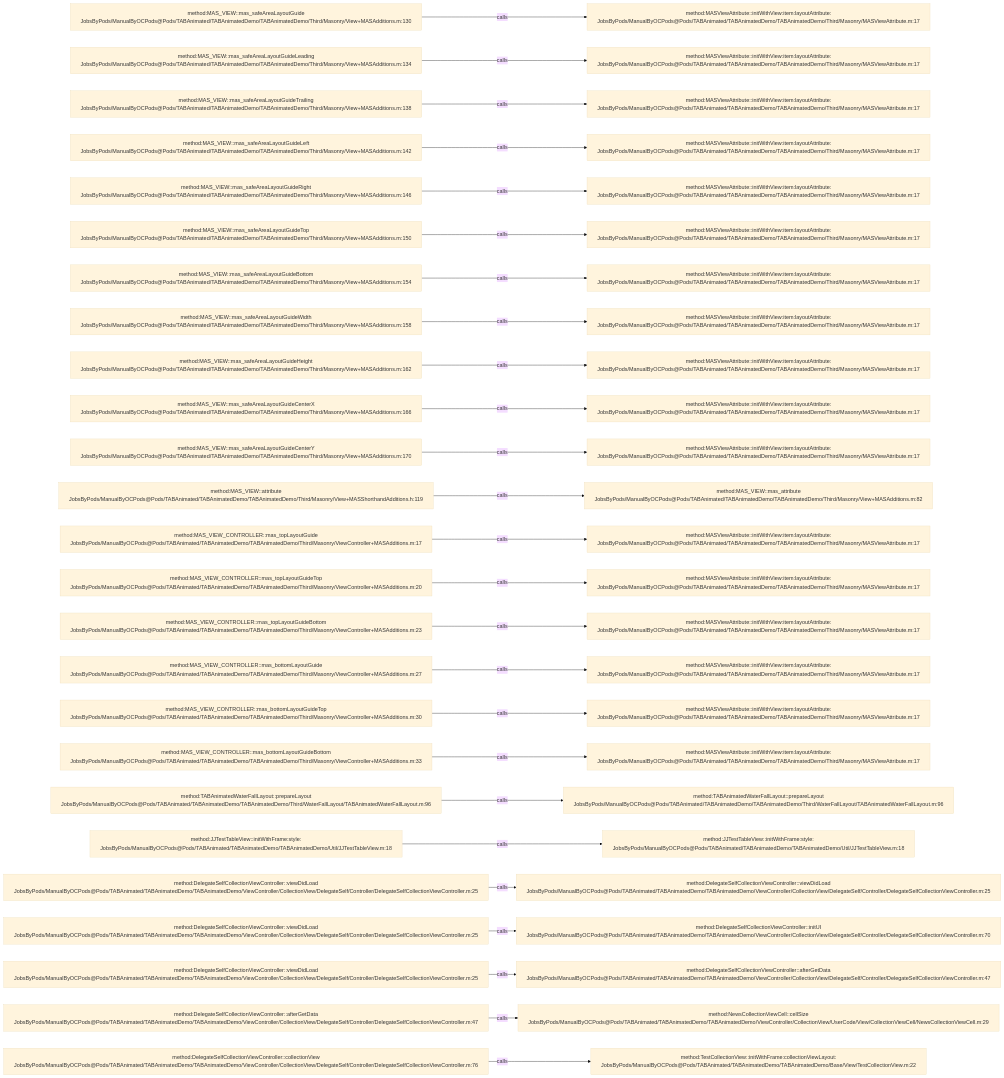
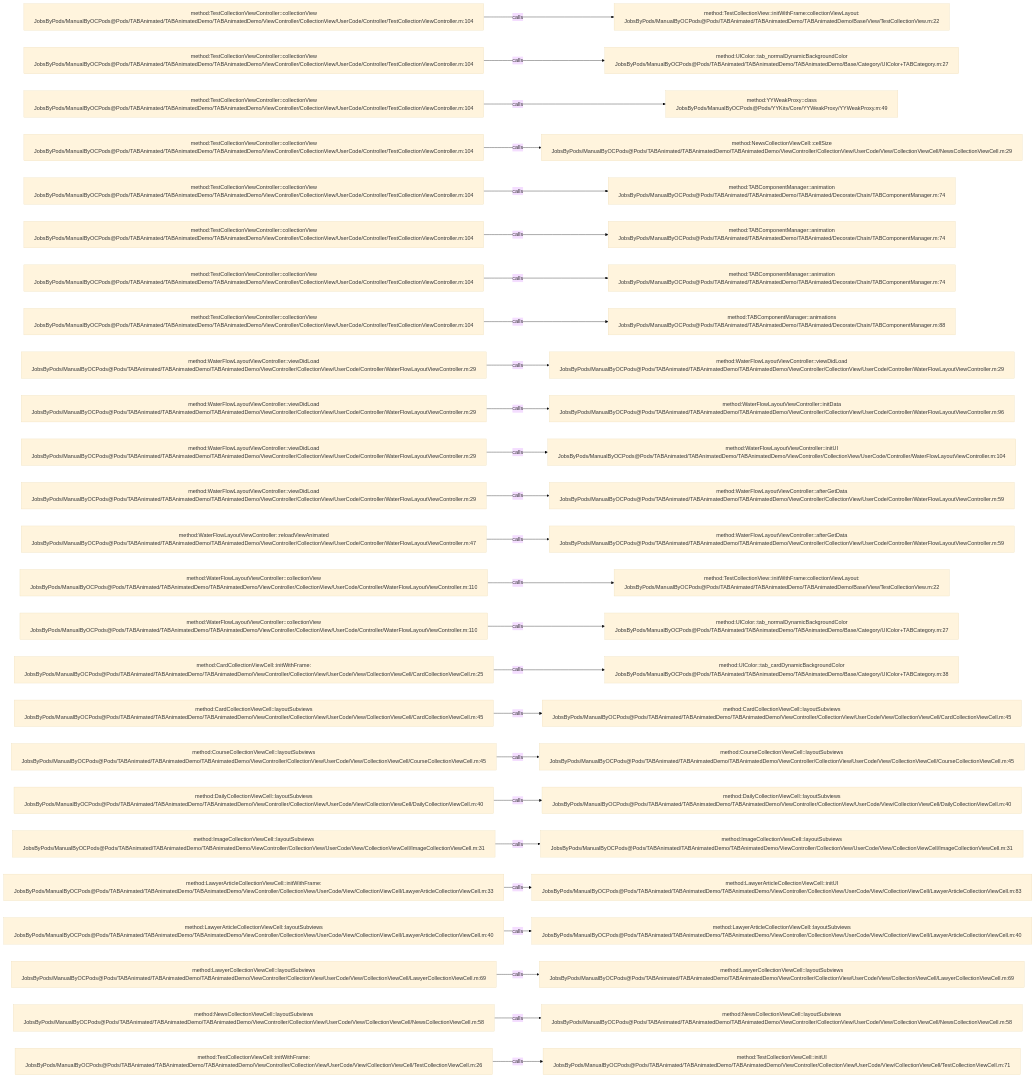
Before and after one commit to JobsKits/JobsOCBaseConfigDemo: the diagram in .codegraph/codegraph.md/graphs/calls-045.md, drawn with Mermaid (base theme). The commit also changed 1448 other files, not shown here.

````diff
--- a/.codegraph/codegraph.md/graphs/calls-045.md
+++ b/.codegraph/codegraph.md/graphs/calls-045.md
@@ -13,78 +13,78 @@
 ```mermaid
 flowchart LR
-  S1["method:MAS_VIEW::mas_safeAreaLayoutGuide<br/>JobsByPods/ManualByOCPods@Pods/TABAnimated/TABAnimatedDemo/TABAnimatedDemo/Third/Masonry/View+MASAdditions.m:130"]
-  T1["method:MASViewAttribute::initWithView:item:layoutAttribute:<br/>JobsByPods/ManualByOCPods@Pods/TABAnimated/TABAnimatedDemo/TABAnimatedDemo/Third/Masonry/MASViewAttribute.m:17"]
+  S1["method:TestCollectionViewController::collectionView<br/>JobsByPods/ManualByOCPods@Pods/TABAnimated/TABAnimatedDemo/TABAnimatedDemo/ViewController/CollectionView/UserCode/Controller/TestCollectionViewController.m:104"]
+  T1["method:TestCollectionView::initWithFrame:collectionViewLayout:<br/>JobsByPods/ManualByOCPods@Pods/TABAnimated/TABAnimatedDemo/TABAnimatedDemo/Base/View/TestCollectionView.m:22"]
   S1 -->|calls| T1
-  S2["method:MAS_VIEW::mas_safeAreaLayoutGuideLeading<br/>JobsByPods/ManualByOCPods@Pods/TABAnimated/TABAnimatedDemo/TABAnimatedDemo/Third/Masonry/View+MASAdditions.m:134"]
-  T2["method:MASViewAttribute::initWithView:item:layoutAttribute:<br/>JobsByPods/ManualByOCPods@Pods/TABAnimated/TABAnimatedDemo/TABAnimatedDemo/Third/Masonry/MASViewAttribute.m:17"]
+  S2["method:TestCollectionViewController::collectionView<br/>JobsByPods/ManualByOCPods@Pods/TABAnimated/TABAnimatedDemo/TABAnimatedDemo/ViewController/CollectionView/UserCode/Controller/TestCollectionViewController.m:104"]
+  T2["method:UIColor::tab_normalDynamicBackgroundColor<br/>JobsByPods/ManualByOCPods@Pods/TABAnimated/TABAnimatedDemo/TABAnimatedDemo/Base/Category/UIColor+TABCategory.m:27"]
   S2 -->|calls| T2
-  S3["method:MAS_VIEW::mas_safeAreaLayoutGuideTrailing<br/>JobsByPods/ManualByOCPods@Pods/TABAnimated/TABAnimatedDemo/TABAnimatedDemo/Third/Masonry/View+MASAdditions.m:138"]
-  T3["method:MASViewAttribute::initWithView:item:layoutAttribute:<br/>JobsByPods/ManualByOCPods@Pods/TABAnimated/TABAnimatedDemo/TABAnimatedDemo/Third/Masonry/MASViewAttribute.m:17"]
+  S3["method:TestCollectionViewController::collectionView<br/>JobsByPods/ManualByOCPods@Pods/TABAnimated/TABAnimatedDemo/TABAnimatedDemo/ViewController/CollectionView/UserCode/Controller/TestCollectionViewController.m:104"]
+  T3["method:YYWeakProxy::class<br/>JobsByPods/ManualByOCPods@Pods/YYKits/Core/YYWeakProxy/YYWeakProxy.m:49"]
   S3 -->|calls| T3
-  S4["method:MAS_VIEW::mas_safeAreaLayoutGuideLeft<br/>JobsByPods/ManualByOCPods@Pods/TABAnimated/TABAnimatedDemo/TABAnimatedDemo/Third/Masonry/View+MASAdditions.m:142"]
-  T4["method:MASViewAttribute::initWithView:item:layoutAttribute:<br/>JobsByPods/ManualByOCPods@Pods/TABAnimated/TABAnimatedDemo/TABAnimatedDemo/Third/Masonry/MASViewAttribute.m:17"]
+  S4["method:TestCollectionViewController::collectionView<br/>JobsByPods/ManualByOCPods@Pods/TABAnimated/TABAnimatedDemo/TABAnimatedDemo/ViewController/CollectionView/UserCode/Controller/TestCollectionViewController.m:104"]
+  T4["method:NewsCollectionViewCell::cellSize<br/>JobsByPods/ManualByOCPods@Pods/TABAnimated/TABAnimatedDemo/TABAnimatedDemo/ViewController/CollectionView/UserCode/View/CollectionViewCell/NewsCollectionViewCell.m:29"]
   S4 -->|calls| T4
-  S5["method:MAS_VIEW::mas_safeAreaLayoutGuideRight<br/>JobsByPods/ManualByOCPods@Pods/TABAnimated/TABAnimatedDemo/TABAnimatedDemo/Third/Masonry/View+MASAdditions.m:146"]
-  T5["method:MASViewAttribute::initWithView:item:layoutAttribute:<br/>JobsByPods/ManualByOCPods@Pods/TABAnimated/TABAnimatedDemo/TABAnimatedDemo/Third/Masonry/MASViewAttribute.m:17"]
+  S5["method:TestCollectionViewController::collectionView<br/>JobsByPods/ManualByOCPods@Pods/TABAnimated/TABAnimatedDemo/TABAnimatedDemo/ViewController/CollectionView/UserCode/Controller/TestCollectionViewController.m:104"]
+  T5["method:TABComponentManager::animation<br/>JobsByPods/ManualByOCPods@Pods/TABAnimated/TABAnimatedDemo/TABAnimated/Decorate/Chain/TABComponentManager.m:74"]
   S5 -->|calls| T5
-  S6["method:MAS_VIEW::mas_safeAreaLayoutGuideTop<br/>JobsByPods/ManualByOCPods@Pods/TABAnimated/TABAnimatedDemo/TABAnimatedDemo/Third/Masonry/View+MASAdditions.m:150"]
-  T6["method:MASViewAttribute::initWithView:item:layoutAttribute:<br/>JobsByPods/ManualByOCPods@Pods/TABAnimated/TABAnimatedDemo/TABAnimatedDemo/Third/Masonry/MASViewAttribute.m:17"]
+  S6["method:TestCollectionViewController::collectionView<br/>JobsByPods/ManualByOCPods@Pods/TABAnimated/TABAnimatedDemo/TABAnimatedDemo/ViewController/CollectionView/UserCode/Controller/TestCollectionViewController.m:104"]
+  T6["method:TABComponentManager::animation<br/>JobsByPods/ManualByOCPods@Pods/TABAnimated/TABAnimatedDemo/TABAnimated/Decorate/Chain/TABComponentManager.m:74"]
   S6 -->|calls| T6
-  S7["method:MAS_VIEW::mas_safeAreaLayoutGuideBottom<br/>JobsByPods/ManualByOCPods@Pods/TABAnimated/TABAnimatedDemo/TABAnimatedDemo/Third/Masonry/View+MASAdditions.m:154"]
-  T7["method:MASViewAttribute::initWithView:item:layoutAttribute:<br/>JobsByPods/ManualByOCPods@Pods/TABAnimated/TABAnimatedDemo/TABAnimatedDemo/Third/Masonry/MASViewAttribute.m:17"]
+  S7["method:TestCollectionViewController::collectionView<br/>JobsByPods/ManualByOCPods@Pods/TABAnimated/TABAnimatedDemo/TABAnimatedDemo/ViewController/CollectionView/UserCode/Controller/TestCollectionViewController.m:104"]
+  T7["method:TABComponentManager::animation<br/>JobsByPods/ManualByOCPods@Pods/TABAnimated/TABAnimatedDemo/TABAnimated/Decorate/Chain/TABComponentManager.m:74"]
   S7 -->|calls| T7
-  S8["method:MAS_VIEW::mas_safeAreaLayoutGuideWidth<br/>JobsByPods/ManualByOCPods@Pods/TABAnimated/TABAnimatedDemo/TABAnimatedDemo/Third/Masonry/View+MASAdditions.m:158"]
-  T8["method:MASViewAttribute::initWithView:item:layoutAttribute:<br/>JobsByPods/ManualByOCPods@Pods/TABAnimated/TABAnimatedDemo/TABAnimatedDemo/Third/Masonry/MASViewAttribute.m:17"]
+  S8["method:TestCollectionViewController::collectionView<br/>JobsByPods/ManualByOCPods@Pods/TABAnimated/TABAnimatedDemo/TABAnimatedDemo/ViewController/CollectionView/UserCode/Controller/TestCollectionViewController.m:104"]
+  T8["method:TABComponentManager::animations<br/>JobsByPods/ManualByOCPods@Pods/TABAnimated/TABAnimatedDemo/TABAnimated/Decorate/Chain/TABComponentManager.m:88"]
   S8 -->|calls| T8
-  S9["method:MAS_VIEW::mas_safeAreaLayoutGuideHeight<br/>JobsByPods/ManualByOCPods@Pods/TABAnimated/TABAnimatedDemo/TABAnimatedDemo/Third/Masonry/View+MASAdditions.m:162"]
-  T9["method:MASViewAttribute::initWithView:item:layoutAttribute:<br/>JobsByPods/ManualByOCPods@Pods/TABAnimated/TABAnimatedDemo/TABAnimatedDemo/Third/Masonry/MASViewAttribute.m:17"]
+  S9["method:WaterFlowLayoutViewController::viewDidLoad<br/>JobsByPods/ManualByOCPods@Pods/TABAnimated/TABAnimatedDemo/TABAnimatedDemo/ViewController/CollectionView/UserCode/Controller/WaterFlowLayoutViewController.m:29"]
+  T9["method:WaterFlowLayoutViewController::viewDidLoad<br/>JobsByPods/ManualByOCPods@Pods/TABAnimated/TABAnimatedDemo/TABAnimatedDemo/ViewController/CollectionView/UserCode/Controller/WaterFlowLayoutViewController.m:29"]
   S9 -->|calls| T9
-  S10["method:MAS_VIEW::mas_safeAreaLayoutGuideCenterX<br/>JobsByPods/ManualByOCPods@Pods/TABAnimated/TABAnimatedDemo/TABAnimatedDemo/Third/Masonry/View+MASAdditions.m:166"]
-  T10["method:MASViewAttribute::initWithView:item:layoutAttribute:<br/>JobsByPods/ManualByOCPods@Pods/TABAnimated/TABAnimatedDemo/TABAnimatedDemo/Third/Masonry/MASViewAttribute.m:17"]
+  S10["method:WaterFlowLayoutViewController::viewDidLoad<br/>JobsByPods/ManualByOCPods@Pods/TABAnimated/TABAnimatedDemo/TABAnimatedDemo/ViewController/CollectionView/UserCode/Controller/WaterFlowLayoutViewController.m:29"]
+  T10["method:WaterFlowLayoutViewController::initData<br/>JobsByPods/ManualByOCPods@Pods/TABAnimated/TABAnimatedDemo/TABAnimatedDemo/ViewController/CollectionView/UserCode/Controller/WaterFlowLayoutViewController.m:96"]
   S10 -->|calls| T10
-  S11["method:MAS_VIEW::mas_safeAreaLayoutGuideCenterY<br/>JobsByPods/ManualByOCPods@Pods/TABAnimated/TABAnimatedDemo/TABAnimatedDemo/Third/Masonry/View+MASAdditions.m:170"]
-  T11["method:MASViewAttribute::initWithView:item:layoutAttribute:<br/>JobsByPods/ManualByOCPods@Pods/TABAnimated/TABAnimatedDemo/TABAnimatedDemo/Third/Masonry/MASViewAttribute.m:17"]
+  S11["method:WaterFlowLayoutViewController::viewDidLoad<br/>JobsByPods/ManualByOCPods@Pods/TABAnimated/TABAnimatedDemo/TABAnimatedDemo/ViewController/CollectionView/UserCode/Controller/WaterFlowLayoutViewController.m:29"]
+  T11["method:WaterFlowLayoutViewController::initUI<br/>JobsByPods/ManualByOCPods@Pods/TABAnimated/TABAnimatedDemo/TABAnimatedDemo/ViewController/CollectionView/UserCode/Controller/WaterFlowLayoutViewController.m:104"]
   S11 -->|calls| T11
-  S12["method:MAS_VIEW::attribute<br/>JobsByPods/ManualByOCPods@Pods/TABAnimated/TABAnimatedDemo/TABAnimatedDemo/Third/Masonry/View+MASShorthandAdditions.h:119"]
-  T12["method:MAS_VIEW::mas_attribute<br/>JobsByPods/ManualByOCPods@Pods/TABAnimated/TABAnimatedDemo/TABAnimatedDemo/Third/Masonry/View+MASAdditions.m:82"]
+  S12["method:WaterFlowLayoutViewController::viewDidLoad<br/>JobsByPods/ManualByOCPods@Pods/TABAnimated/TABAnimatedDemo/TABAnimatedDemo/ViewController/CollectionView/UserCode/Controller/WaterFlowLayoutViewController.m:29"]
+  T12["method:WaterFlowLayoutViewController::afterGetData<br/>JobsByPods/ManualByOCPods@Pods/TABAnimated/TABAnimatedDemo/TABAnimatedDemo/ViewController/CollectionView/UserCode/Controller/WaterFlowLayoutViewController.m:59"]
   S12 -->|calls| T12
-  S13["method:MAS_VIEW_CONTROLLER::mas_topLayoutGuide<br/>JobsByPods/ManualByOCPods@Pods/TABAnimated/TABAnimatedDemo/TABAnimatedDemo/Third/Masonry/ViewController+MASAdditions.m:17"]
-  T13["method:MASViewAttribute::initWithView:item:layoutAttribute:<br/>JobsByPods/ManualByOCPods@Pods/TABAnimated/TABAnimatedDemo/TABAnimatedDemo/Third/Masonry/MASViewAttribute.m:17"]
+  S13["method:WaterFlowLayoutViewController::reloadViewAnimated<br/>JobsByPods/ManualByOCPods@Pods/TABAnimated/TABAnimatedDemo/TABAnimatedDemo/ViewController/CollectionView/UserCode/Controller/WaterFlowLayoutViewController.m:47"]
+  T13["method:WaterFlowLayoutViewController::afterGetData<br/>JobsByPods/ManualByOCPods@Pods/TABAnimated/TABAnimatedDemo/TABAnimatedDemo/ViewController/CollectionView/UserCode/Controller/WaterFlowLayoutViewController.m:59"]
   S13 -->|calls| T13
-  S14["method:MAS_VIEW_CONTROLLER::mas_topLayoutGuideTop<br/>JobsByPods/ManualByOCPods@Pods/TABAnimated/TABAnimatedDemo/TABAnimatedDemo/Third/Masonry/ViewController+MASAdditions.m:20"]
-  T14["method:MASViewAttribute::initWithView:item:layoutAttribute:<br/>JobsByPods/ManualByOCPods@Pods/TABAnimated/TABAnimatedDemo/TABAnimatedDemo/Third/Masonry/MASViewAttribute.m:17"]
+  S14["method:WaterFlowLayoutViewController::collectionView<br/>JobsByPods/ManualByOCPods@Pods/TABAnimated/TABAnimatedDemo/TABAnimatedDemo/ViewController/CollectionView/UserCode/Controller/WaterFlowLayoutViewController.m:110"]
+  T14["method:TestCollectionView::initWithFrame:collectionViewLayout:<br/>JobsByPods/ManualByOCPods@Pods/TABAnimated/TABAnimatedDemo/TABAnimatedDemo/Base/View/TestCollectionView.m:22"]
   S14 -->|calls| T14
-  S15["method:MAS_VIEW_CONTROLLER::mas_topLayoutGuideBottom<br/>JobsByPods/ManualByOCPods@Pods/TABAnimated/TABAnimatedDemo/TABAnimatedDemo/Third/Masonry/ViewController+MASAdditions.m:23"]
-  T15["method:MASViewAttribute::initWithView:item:layoutAttribute:<br/>JobsByPods/ManualByOCPods@Pods/TABAnimated/TABAnimatedDemo/TABAnimatedDemo/Third/Masonry/MASViewAttribute.m:17"]
+  S15["method:WaterFlowLayoutViewController::collectionView<br/>JobsByPods/ManualByOCPods@Pods/TABAnimated/TABAnimatedDemo/TABAnimatedDemo/ViewController/CollectionView/UserCode/Controller/WaterFlowLayoutViewController.m:110"]
+  T15["method:UIColor::tab_normalDynamicBackgroundColor<br/>JobsByPods/ManualByOCPods@Pods/TABAnimated/TABAnimatedDemo/TABAnimatedDemo/Base/Category/UIColor+TABCategory.m:27"]
   S15 -->|calls| T15
-  S16["method:MAS_VIEW_CONTROLLER::mas_bottomLayoutGuide<br/>JobsByPods/ManualByOCPods@Pods/TABAnimated/TABAnimatedDemo/TABAnimatedDemo/Third/Masonry/ViewController+MASAdditions.m:27"]
-  T16["method:MASViewAttribute::initWithView:item:layoutAttribute:<br/>JobsByPods/ManualByOCPods@Pods/TABAnimated/TABAnimatedDemo/TABAnimatedDemo/Third/Masonry/MASViewAttribute.m:17"]
+  S16["method:CardCollectionViewCell::initWithFrame:<br/>JobsByPods/ManualByOCPods@Pods/TABAnimated/TABAnimatedDemo/TABAnimatedDemo/ViewController/CollectionView/UserCode/View/CollectionViewCell/CardCollectionViewCell.m:25"]
+  T16["method:UIColor::tab_cardDynamicBackgroundColor<br/>JobsByPods/ManualByOCPods@Pods/TABAnimated/TABAnimatedDemo/TABAnimatedDemo/Base/Category/UIColor+TABCategory.m:38"]
   S16 -->|calls| T16
-  S17["method:MAS_VIEW_CONTROLLER::mas_bottomLayoutGuideTop<br/>JobsByPods/ManualByOCPods@Pods/TABAnimated/TABAnimatedDemo/TABAnimatedDemo/Third/Masonry/ViewController+MASAdditions.m:30"]
-  T17["method:MASViewAttribute::initWithView:item:layoutAttribute:<br/>JobsByPods/ManualByOCPods@Pods/TABAnimated/TABAnimatedDemo/TABAnimatedDemo/Third/Masonry/MASViewAttribute.m:17"]
+  S17["method:CardCollectionViewCell::layoutSubviews<br/>JobsByPods/ManualByOCPods@Pods/TABAnimated/TABAnimatedDemo/TABAnimatedDemo/ViewController/CollectionView/UserCode/View/CollectionViewCell/CardCollectionViewCell.m:45"]
+  T17["method:CardCollectionViewCell::layoutSubviews<br/>JobsByPods/ManualByOCPods@Pods/TABAnimated/TABAnimatedDemo/TABAnimatedDemo/ViewController/CollectionView/UserCode/View/CollectionViewCell/CardCollectionViewCell.m:45"]
   S17 -->|calls| T17
-  S18["method:MAS_VIEW_CONTROLLER::mas_bottomLayoutGuideBottom<br/>JobsByPods/ManualByOCPods@Pods/TABAnimated/TABAnimatedDemo/TABAnimatedDemo/Third/Masonry/ViewController+MASAdditions.m:33"]
-  T18["method:MASViewAttribute::initWithView:item:layoutAttribute:<br/>JobsByPods/ManualByOCPods@Pods/TABAnimated/TABAnimatedDemo/TABAnimatedDemo/Third/Masonry/MASViewAttribute.m:17"]
+  S18["method:CourseCollectionViewCell::layoutSubviews<br/>JobsByPods/ManualByOCPods@Pods/TABAnimated/TABAnimatedDemo/TABAnimatedDemo/ViewController/CollectionView/UserCode/View/CollectionViewCell/CourseCollectionViewCell.m:45"]
+  T18["method:CourseCollectionViewCell::layoutSubviews<br/>JobsByPods/ManualByOCPods@Pods/TABAnimated/TABAnimatedDemo/TABAnimatedDemo/ViewController/CollectionView/UserCode/View/CollectionViewCell/CourseCollectionViewCell.m:45"]
   S18 -->|calls| T18
-  S19["method:TABAnimatedWaterFallLayout::prepareLayout<br/>JobsByPods/ManualByOCPods@Pods/TABAnimated/TABAnimatedDemo/TABAnimatedDemo/Third/WaterFallLayout/TABAnimatedWaterFallLayout.m:96"]
-  T19["method:TABAnimatedWaterFallLayout::prepareLayout<br/>JobsByPods/ManualByOCPods@Pods/TABAnimated/TABAnimatedDemo/TABAnimatedDemo/Third/WaterFallLayout/TABAnimatedWaterFallLayout.m:96"]
+  S19["method:DailyCollectionViewCell::layoutSubviews<br/>JobsByPods/ManualByOCPods@Pods/TABAnimated/TABAnimatedDemo/TABAnimatedDemo/ViewController/CollectionView/UserCode/View/CollectionViewCell/DailyCollectionViewCell.m:40"]
+  T19["method:DailyCollectionViewCell::layoutSubviews<br/>JobsByPods/ManualByOCPods@Pods/TABAnimated/TABAnimatedDemo/TABAnimatedDemo/ViewController/CollectionView/UserCode/View/CollectionViewCell/DailyCollectionViewCell.m:40"]
   S19 -->|calls| T19
-  S20["method:JJTestTableView::initWithFrame:style:<br/>JobsByPods/ManualByOCPods@Pods/TABAnimated/TABAnimatedDemo/TABAnimatedDemo/Util/JJTestTableView.m:18"]
-  T20["method:JJTestTableView::initWithFrame:style:<br/>JobsByPods/ManualByOCPods@Pods/TABAnimated/TABAnimatedDemo/TABAnimatedDemo/Util/JJTestTableView.m:18"]
+  S20["method:ImageCollectionViewCell::layoutSubviews<br/>JobsByPods/ManualByOCPods@Pods/TABAnimated/TABAnimatedDemo/TABAnimatedDemo/ViewController/CollectionView/UserCode/View/CollectionViewCell/ImageCollectionViewCell.m:31"]
+  T20["method:ImageCollectionViewCell::layoutSubviews<br/>JobsByPods/ManualByOCPods@Pods/TABAnimated/TABAnimatedDemo/TABAnimatedDemo/ViewController/CollectionView/UserCode/View/CollectionViewCell/ImageCollectionViewCell.m:31"]
   S20 -->|calls| T20
-  S21["method:DelegateSelfCollectionViewController::viewDidLoad<br/>JobsByPods/ManualByOCPods@Pods/TABAnimated/TABAnimatedDemo/TABAnimatedDemo/ViewController/CollectionView/DelegateSelf/Controller/DelegateSelfCollectionViewController.m:25"]
-  T21["method:DelegateSelfCollectionViewController::viewDidLoad<br/>JobsByPods/ManualByOCPods@Pods/TABAnimated/TABAnimatedDemo/TABAnimatedDemo/ViewController/CollectionView/DelegateSelf/Controller/DelegateSelfCollectionViewController.m:25"]
+  S21["method:LawyerArticleCollectionViewCell::initWithFrame:<br/>JobsByPods/ManualByOCPods@Pods/TABAnimated/TABAnimatedDemo/TABAnimatedDemo/ViewController/CollectionView/UserCode/View/CollectionViewCell/LawyerArticleCollectionViewCell.m:33"]
+  T21["method:LawyerArticleCollectionViewCell::initUI<br/>JobsByPods/ManualByOCPods@Pods/TABAnimated/TABAnimatedDemo/TABAnimatedDemo/ViewController/CollectionView/UserCode/View/CollectionViewCell/LawyerArticleCollectionViewCell.m:83"]
   S21 -->|calls| T21
-  S22["method:DelegateSelfCollectionViewController::viewDidLoad<br/>JobsByPods/ManualByOCPods@Pods/TABAnimated/TABAnimatedDemo/TABAnimatedDemo/ViewController/CollectionView/DelegateSelf/Controller/DelegateSelfCollectionViewController.m:25"]
-  T22["method:DelegateSelfCollectionViewController::initUI<br/>JobsByPods/ManualByOCPods@Pods/TABAnimated/TABAnimatedDemo/TABAnimatedDemo/ViewController/CollectionView/DelegateSelf/Controller/DelegateSelfCollectionViewController.m:70"]
+  S22["method:LawyerArticleCollectionViewCell::layoutSubviews<br/>JobsByPods/ManualByOCPods@Pods/TABAnimated/TABAnimatedDemo/TABAnimatedDemo/ViewController/CollectionView/UserCode/View/CollectionViewCell/LawyerArticleCollectionViewCell.m:40"]
+  T22["method:LawyerArticleCollectionViewCell::layoutSubviews<br/>JobsByPods/ManualByOCPods@Pods/TABAnimated/TABAnimatedDemo/TABAnimatedDemo/ViewController/CollectionView/UserCode/View/CollectionViewCell/LawyerArticleCollectionViewCell.m:40"]
   S22 -->|calls| T22
-  S23["method:DelegateSelfCollectionViewController::viewDidLoad<br/>JobsByPods/ManualByOCPods@Pods/TABAnimated/TABAnimatedDemo/TABAnimatedDemo/ViewController/CollectionView/DelegateSelf/Controller/DelegateSelfCollectionViewController.m:25"]
-  T23["method:DelegateSelfCollectionViewController::afterGetData<br/>JobsByPods/ManualByOCPods@Pods/TABAnimated/TABAnimatedDemo/TABAnimatedDemo/ViewController/CollectionView/DelegateSelf/Controller/DelegateSelfCollectionViewController.m:47"]
+  S23["method:LawyerCollectionViewCell::layoutSubviews<br/>JobsByPods/ManualByOCPods@Pods/TABAnimated/TABAnimatedDemo/TABAnimatedDemo/ViewController/CollectionView/UserCode/View/CollectionViewCell/LawyerCollectionViewCell.m:69"]
+  T23["method:LawyerCollectionViewCell::layoutSubviews<br/>JobsByPods/ManualByOCPods@Pods/TABAnimated/TABAnimatedDemo/TABAnimatedDemo/ViewController/CollectionView/UserCode/View/CollectionViewCell/LawyerCollectionViewCell.m:69"]
   S23 -->|calls| T23
-  S24["method:DelegateSelfCollectionViewController::afterGetData<br/>JobsByPods/ManualByOCPods@Pods/TABAnimated/TABAnimatedDemo/TABAnimatedDemo/ViewController/CollectionView/DelegateSelf/Controller/DelegateSelfCollectionViewController.m:47"]
-  T24["method:NewsCollectionViewCell::cellSize<br/>JobsByPods/ManualByOCPods@Pods/TABAnimated/TABAnimatedDemo/TABAnimatedDemo/ViewController/CollectionView/UserCode/View/CollectionViewCell/NewsCollectionViewCell.m:29"]
+  S24["method:NewsCollectionViewCell::layoutSubviews<br/>JobsByPods/ManualByOCPods@Pods/TABAnimated/TABAnimatedDemo/TABAnimatedDemo/ViewController/CollectionView/UserCode/View/CollectionViewCell/NewsCollectionViewCell.m:58"]
+  T24["method:NewsCollectionViewCell::layoutSubviews<br/>JobsByPods/ManualByOCPods@Pods/TABAnimated/TABAnimatedDemo/TABAnimatedDemo/ViewController/CollectionView/UserCode/View/CollectionViewCell/NewsCollectionViewCell.m:58"]
   S24 -->|calls| T24
-  S25["method:DelegateSelfCollectionViewController::collectionView<br/>JobsByPods/ManualByOCPods@Pods/TABAnimated/TABAnimatedDemo/TABAnimatedDemo/ViewController/CollectionView/DelegateSelf/Controller/DelegateSelfCollectionViewController.m:76"]
-  T25["method:TestCollectionView::initWithFrame:collectionViewLayout:<br/>JobsByPods/ManualByOCPods@Pods/TABAnimated/TABAnimatedDemo/TABAnimatedDemo/Base/View/TestCollectionView.m:22"]
+  S25["method:TestCollectionViewCell::initWithFrame:<br/>JobsByPods/ManualByOCPods@Pods/TABAnimated/TABAnimatedDemo/TABAnimatedDemo/ViewController/CollectionView/UserCode/View/CollectionViewCell/TestCollectionViewCell.m:26"]
+  T25["method:TestCollectionViewCell::initUI<br/>JobsByPods/ManualByOCPods@Pods/TABAnimated/TABAnimatedDemo/TABAnimatedDemo/ViewController/CollectionView/UserCode/View/CollectionViewCell/TestCollectionViewCell.m:71"]
   S25 -->|calls| T25
 ```
````
